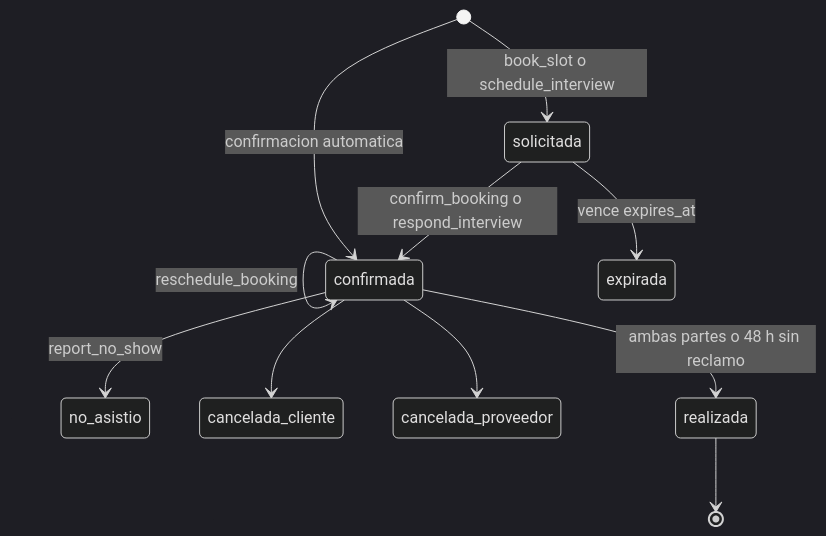
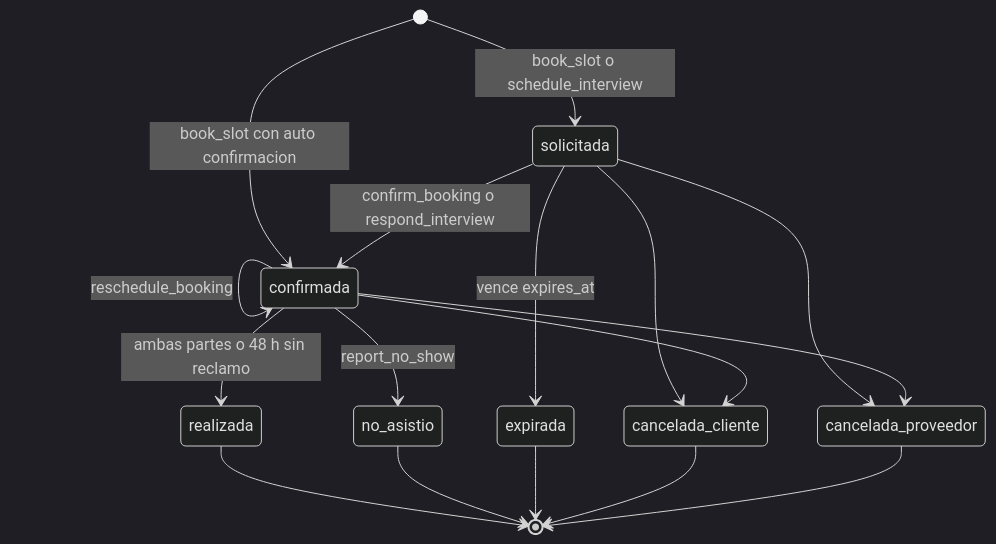
Before and after one commit to juanfosorio19-lab/TalentlyApp: the eighth of 9 diagrams in docs/rediseno/03-base-de-datos.md, drawn with Mermaid (dark theme). The commit also changed other lines of this file, not shown here.

````diff
--- a/docs/rediseno/03-base-de-datos.md
+++ b/docs/rediseno/03-base-de-datos.md
@@ -344,13 +1437,19 @@
 ```mermaid
 stateDiagram-v2
   [*] --> solicitada : book_slot o schedule_interview
-  [*] --> confirmada : confirmacion automatica
+  [*] --> confirmada : book_slot con auto confirmacion
   solicitada --> confirmada : confirm_booking o respond_interview
   solicitada --> expirada : vence expires_at
+  solicitada --> cancelada_cliente
+  solicitada --> cancelada_proveedor
   confirmada --> confirmada : reschedule_booking
   confirmada --> realizada : ambas partes o 48 h sin reclamo
   confirmada --> no_asistio : report_no_show
   confirmada --> cancelada_cliente
   confirmada --> cancelada_proveedor
   realizada --> [*]
+  no_asistio --> [*]
+  expirada --> [*]
+  cancelada_cliente --> [*]
+  cancelada_proveedor --> [*]
 ```
````
